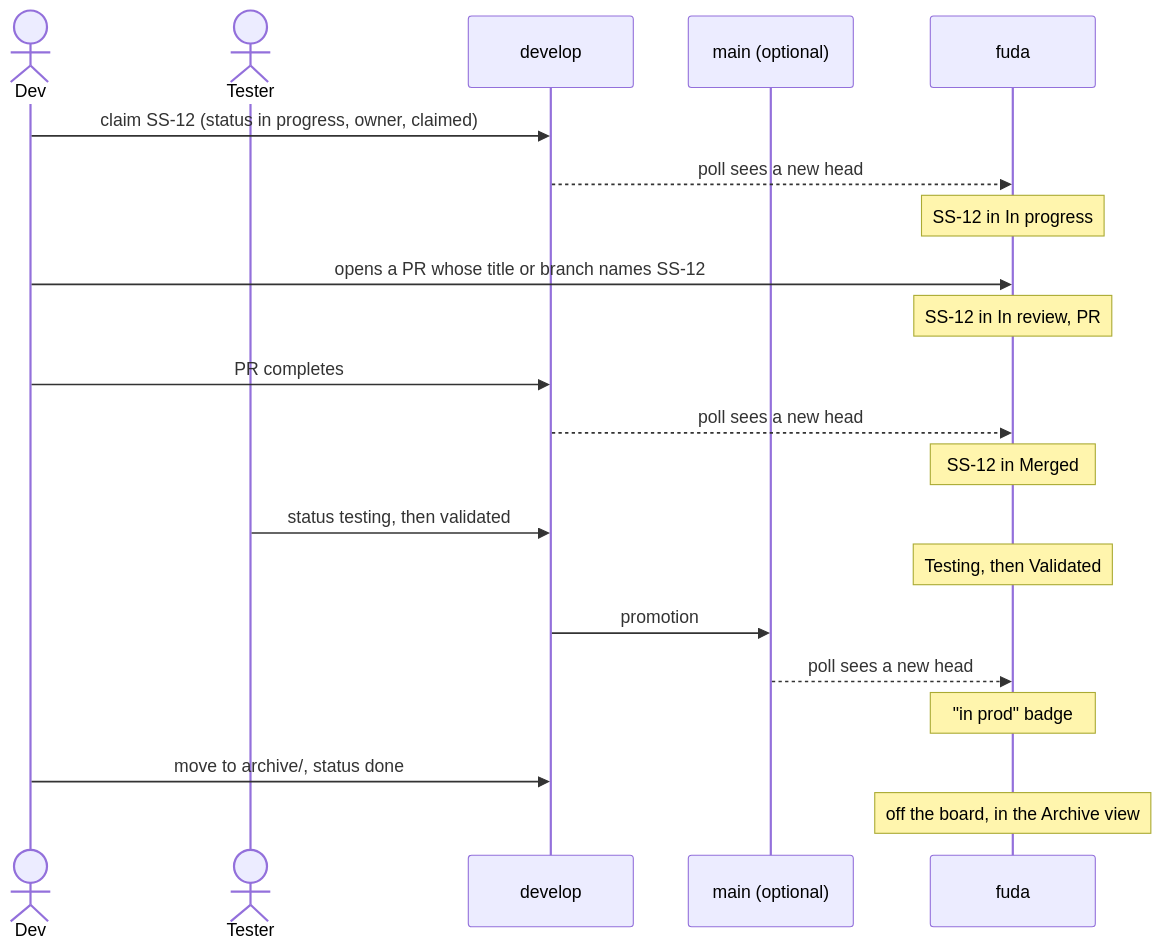
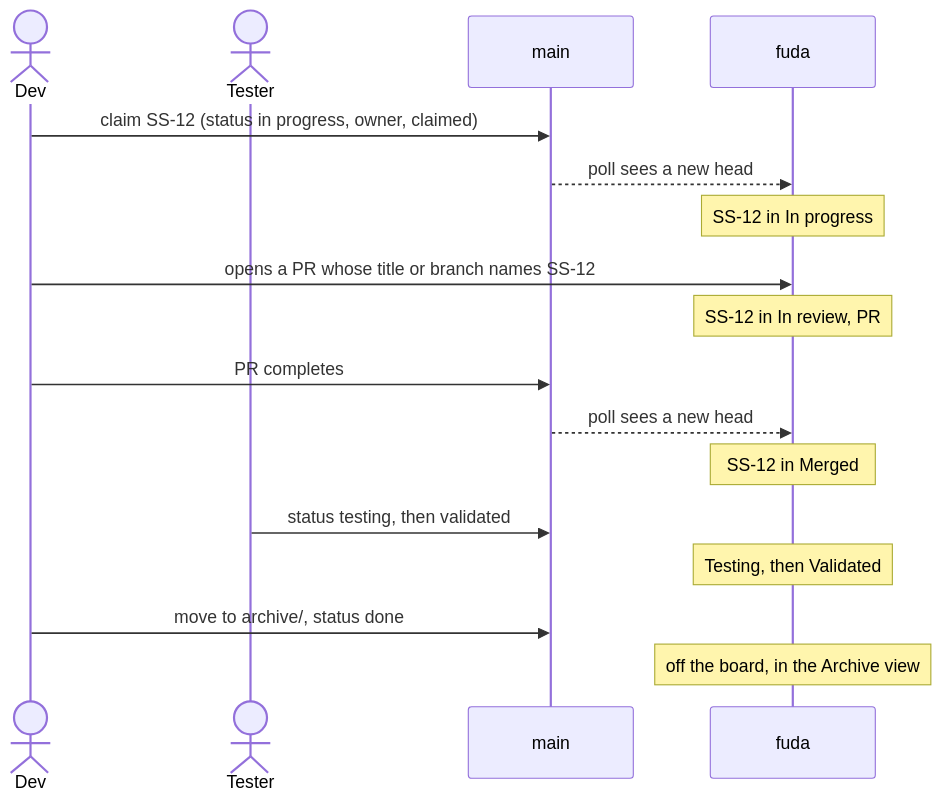
One commit to milos-sikic-nimbus-tech/fuda changed the fifth of 6 diagrams in docs/architecture.md. Above: the diagram before and after it, drawn with Mermaid. The commit also changed other lines of this file and 42 other files, not shown here.

First line of the commit message:
Read and write main on remote boards; turn In prod off

````diff
--- a/docs/architecture.md
+++ b/docs/architecture.md
@@ -257,23 +256,19 @@
 ```mermaid
 sequenceDiagram
   actor Dev
   actor Tester
-  participant Develop as develop
-  participant Main as main (optional)
+  participant Develop as main
   participant Fuda as fuda
   Dev->>Develop: claim SS-12 (status in progress, owner, claimed)
   Develop-->>Fuda: poll sees a new head
   Note over Fuda: SS-12 in In progress
   Dev->>Fuda: opens a PR whose title or branch names SS-12
   Note over Fuda: SS-12 in In review, PR #n
   Dev->>Develop: PR completes
   Develop-->>Fuda: poll sees a new head
   Note over Fuda: SS-12 in Merged
   Tester->>Develop: status testing, then validated
   Note over Fuda: Testing, then Validated
-  Develop->>Main: promotion
-  Main-->>Fuda: poll sees a new head
-  Note over Fuda: "in prod" badge
   Dev->>Develop: move to archive/, status done
   Note over Fuda: off the board, in the Archive view
 ```
````
